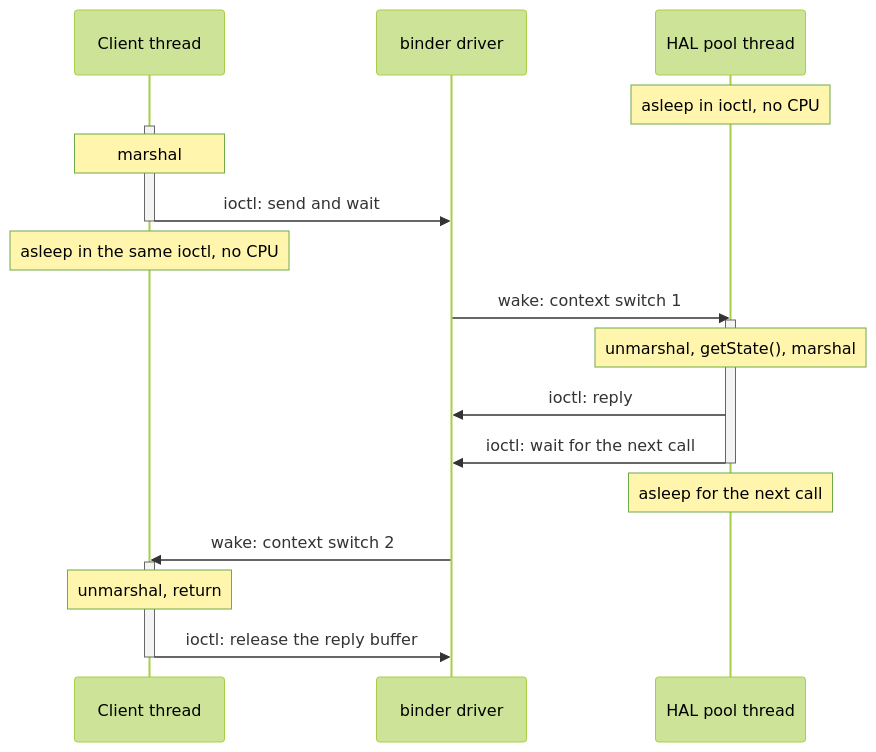
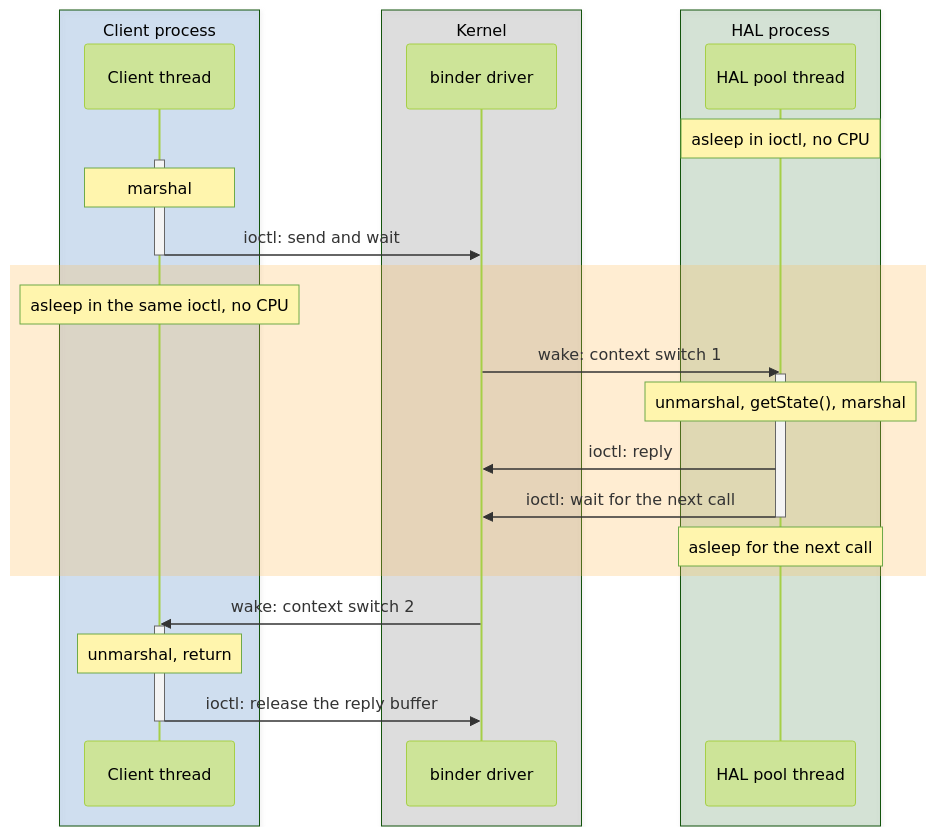
One commit to rdkcentral/rdk-halif-aidl changed the second of 6 diagrams in docs/introduction/binder_call_path.md. Above: the diagram before and after it, drawn with Mermaid (forest theme). The commit also changed other lines of this file, not shown here.

First line of the commit message:
Update #956: Colour the binder call path diagrams

````diff
--- a/docs/introduction/binder_call_path.md
+++ b/docs/introduction/binder_call_path.md
@@ -50,24 +58,32 @@
 ```mermaid
 sequenceDiagram
+    box rgba(21,101,192,0.18) Client process
     participant C as Client thread
+    end
+    box rgba(97,97,97,0.18) Kernel
     participant K as binder driver
+    end
+    box rgba(46,125,50,0.18) HAL process
     participant H as HAL pool thread
+    end
     Note over H: asleep in ioctl, no CPU
     activate C
     Note over C: marshal
     C->>K: ioctl: send and wait
     deactivate C
-    Note over C: asleep in the same ioctl, no CPU
-    K->>H: wake: context switch 1
-    activate H
-    Note over H: unmarshal, getState(), marshal
-    H->>K: ioctl: reply
-    H->>K: ioctl: wait for the next call
-    deactivate H
-    Note over H: asleep for the next call
+    rect rgba(255,183,77,0.25)
+        Note over C: asleep in the same ioctl, no CPU
+        K->>H: wake: context switch 1
+        activate H
+        Note over H: unmarshal, getState(), marshal
+        H->>K: ioctl: reply
+        H->>K: ioctl: wait for the next call
+        deactivate H
+        Note over H: asleep for the next call
+    end
     K->>C: wake: context switch 2
     activate C
     Note over C: unmarshal, return
     C->>K: ioctl: release the reply buffer
     deactivate C
 ```
````
